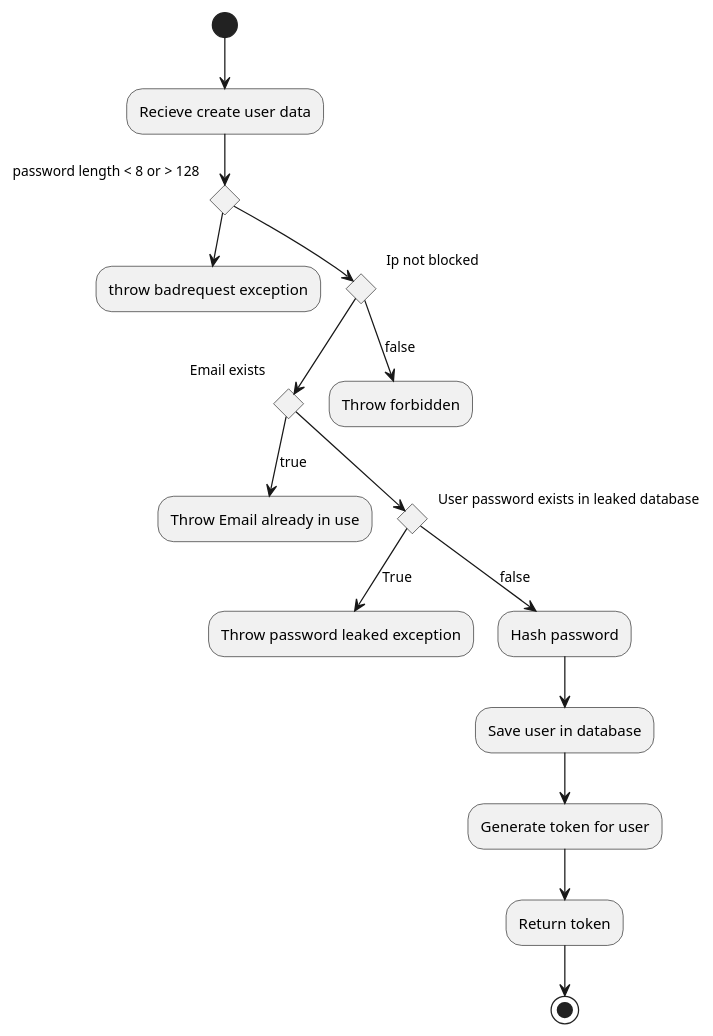
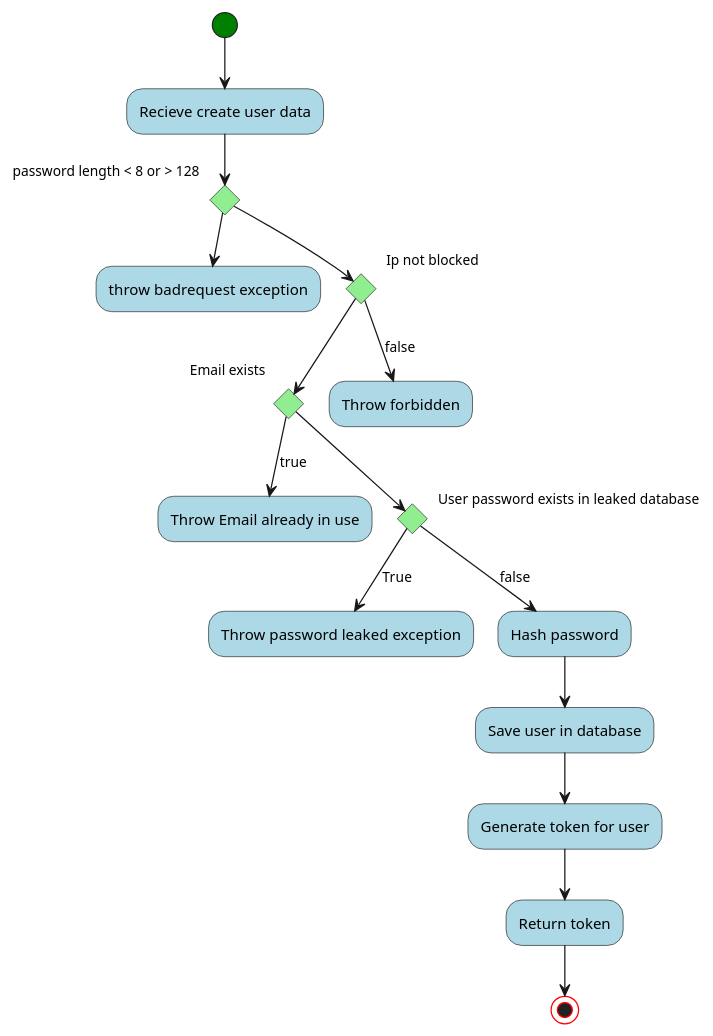
Before and after one commit to blackout1471/trust-us-school: the diagram in Docs/FlowCharts/CreateUserFlowChart.plantuml, drawn with PlantUML. The commit also changed 16 other files, not shown here.

First line of the commit message:
Misuse diagram (#14)

```diff
--- a/Docs/FlowCharts/CreateUserFlowChart.plantuml
+++ b/Docs/FlowCharts/CreateUserFlowChart.plantuml
@@ -1,24 +1,34 @@
 @startuml Create User Flowchart
+
+skinparam activity {
+    BackgroundColor lightblue
+    
+    StartColor green
+    EndColor red
+    
+    diamondBackgroundColor lightgreen
+}
+
 
 (*) --> "Recieve create user data"
 if "password length < 8 or > 128" then
   -->throw badrequest exception
 else
 if "Ip not blocked " then
 	if "Email exists" then
 		-->[true] "Throw Email already in use"
 	else
 		if "User password exists in leaked database" then
 			-->[True]"Throw password leaked exception"
 		else
 			-->[false] "Hash password"
 			--> "Save user in database"
 			--> "Generate token for user"
 			--> "Return token"
 			--> (*)
 		end if
 	end if
 else
 -->[false] "Throw forbidden"
 
 @enduml
```
